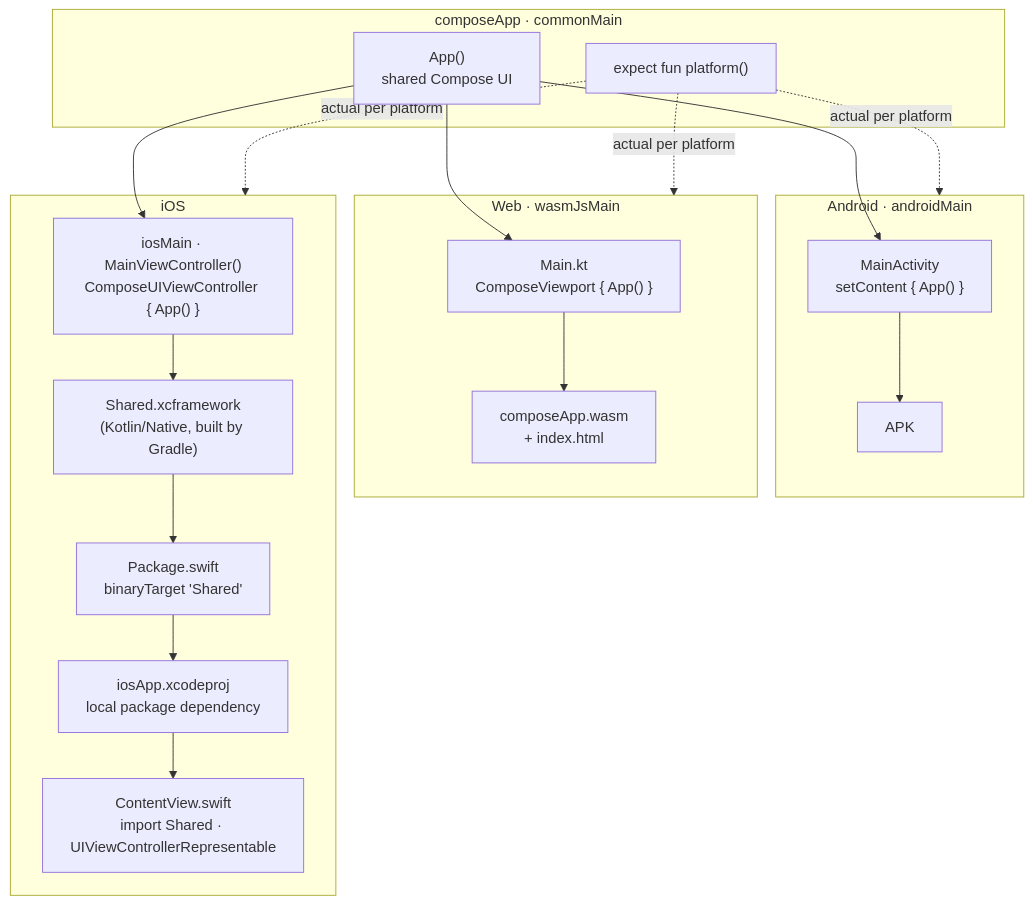
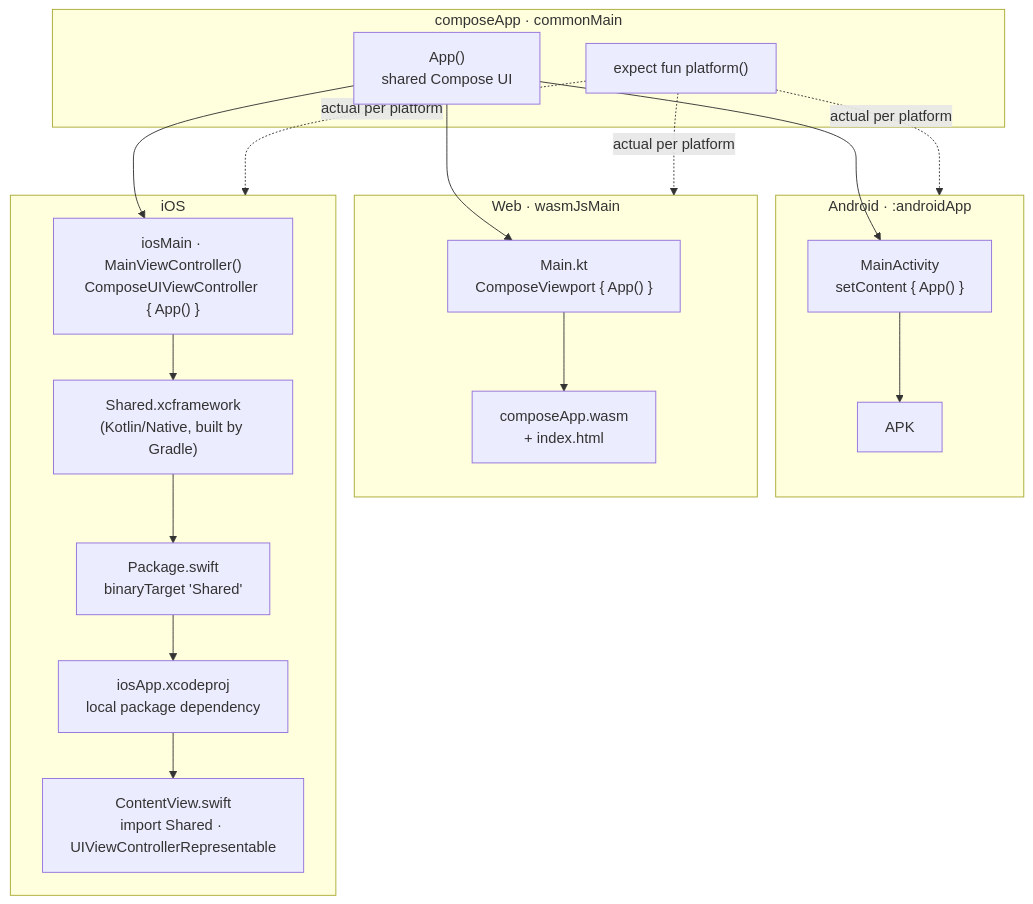
The first of 2 diagrams in README.md (bdiesel/kmp-spm), drawn with Mermaid before and after one commit. The commit also changed other lines of this file and 8 other files, not shown here.

First line of the commit message:
Split Android app into :androidApp module for AGP 9

````diff
--- a/README.md
+++ b/README.md
@@ -19,31 +19,31 @@
 ```mermaid
 flowchart TB
     subgraph common["composeApp · commonMain"]
         App["App()<br/>shared Compose UI"]
         Plat["expect fun platform()"]
     end
 
-    subgraph android["Android · androidMain"]
+    subgraph android["Android · :androidApp"]
         MA["MainActivity<br/>setContent { App() }"] --> APK["APK"]
     end
 
     subgraph web["Web · wasmJsMain"]
         WM["Main.kt<br/>ComposeViewport { App() }"] --> WASM["composeApp.wasm<br/>+ index.html"]
     end
 
     subgraph ios["iOS"]
         MVC["iosMain · MainViewController()<br/>ComposeUIViewController { App() }"]
         XCF["Shared.xcframework<br/>(Kotlin/Native, built by Gradle)"]
         PKG["Package.swift<br/>binaryTarget 'Shared'"]
         XP["iosApp.xcodeproj<br/>local package dependency"]
         CV["ContentView.swift<br/>import Shared · UIViewControllerRepresentable"]
         MVC --> XCF --> PKG --> XP --> CV
     end
 
     App --> MA
     App --> WM
     App --> MVC
     Plat -. "actual per platform" .-> android
     Plat -. "actual per platform" .-> web
     Plat -. "actual per platform" .-> ios
 ```
````
